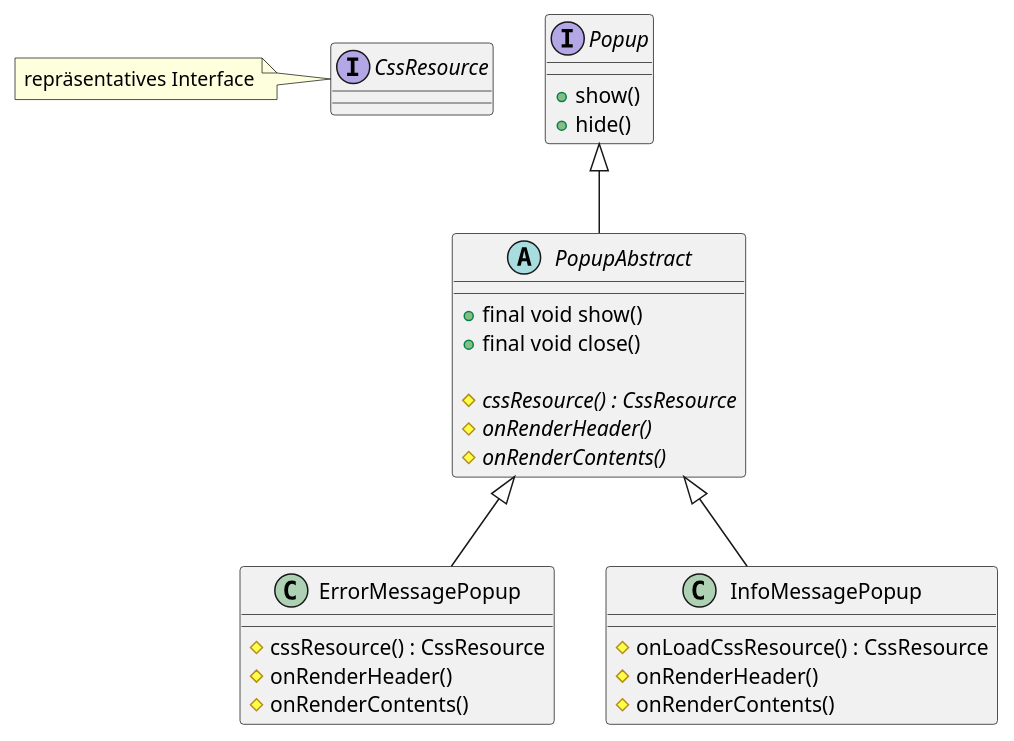
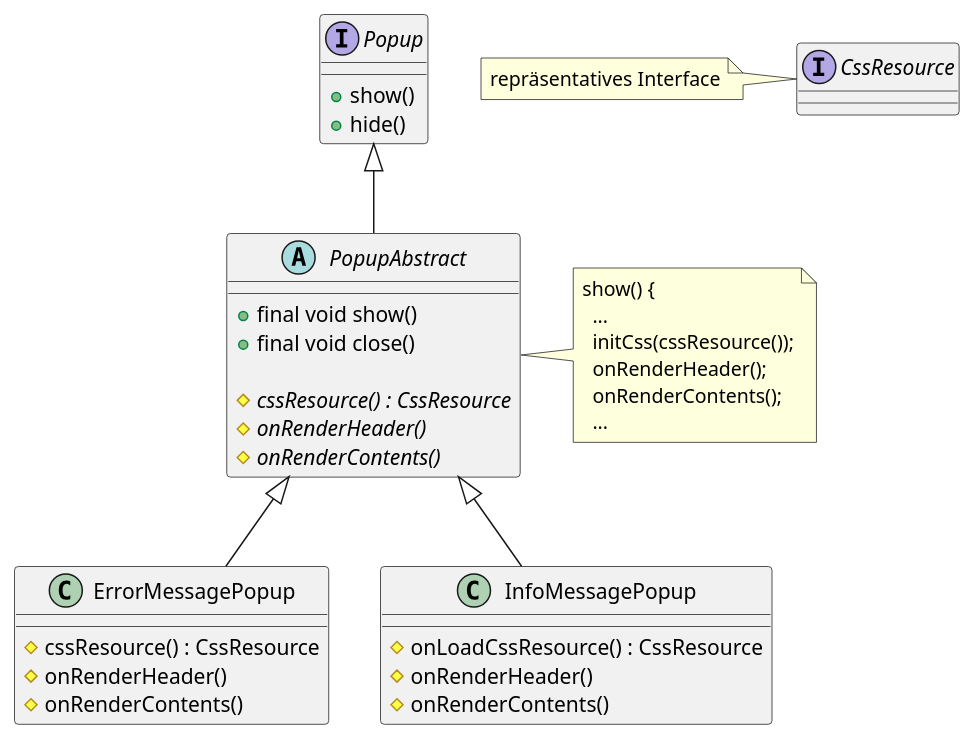
One commit to Atrusberlin/Learning changed the diagram in Patterns/src/main/java/de/dranke/learning/patterns/templatemethod/abstractsuperclass/AbstractTemplateMethod.puml. Above: the diagram before and after it, drawn with PlantUML. The commit also changed 1 other file, not shown here.

```diff
--- a/Patterns/src/main/java/de/dranke/learning/patterns/templatemethod/abstractsuperclass/AbstractTemplateMethod.puml
+++ b/Patterns/src/main/java/de/dranke/learning/patterns/templatemethod/abstractsuperclass/AbstractTemplateMethod.puml
@@ -1,37 +1,46 @@
 @startuml
 
 interface Popup {
   + show()
   + hide()
 }
 
 Popup <|-- PopupAbstract
 
 PopupAbstract <|-- ErrorMessagePopup
 PopupAbstract <|-- InfoMessagePopup
 
 abstract class PopupAbstract {
   + final void show()
   + final void close()
 
   # {abstract} cssResource() : CssResource
   # {abstract} onRenderHeader()
   # {abstract} onRenderContents()
 }
+note right of PopupAbstract
+  show() {
+    ...
+    initCss(cssResource());
+    onRenderHeader();
+    onRenderContents();
+    ...
+end note
 
 interface CssResource
 note left: repräsentatives Interface
 
 class ErrorMessagePopup {
   # cssResource() : CssResource
   # onRenderHeader()
   # onRenderContents()
 }
 
 class InfoMessagePopup {
   # onLoadCssResource() : CssResource
   # onRenderHeader()
   # onRenderContents()
 }
 
+
 @enduml
```
